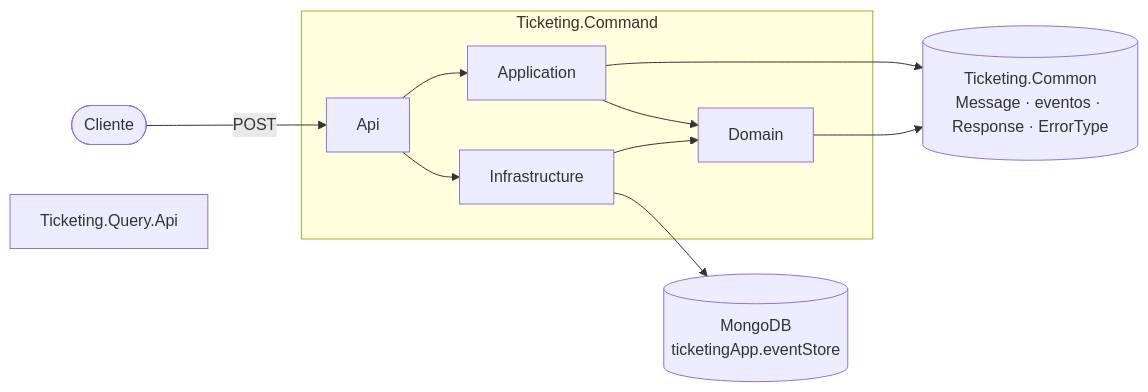
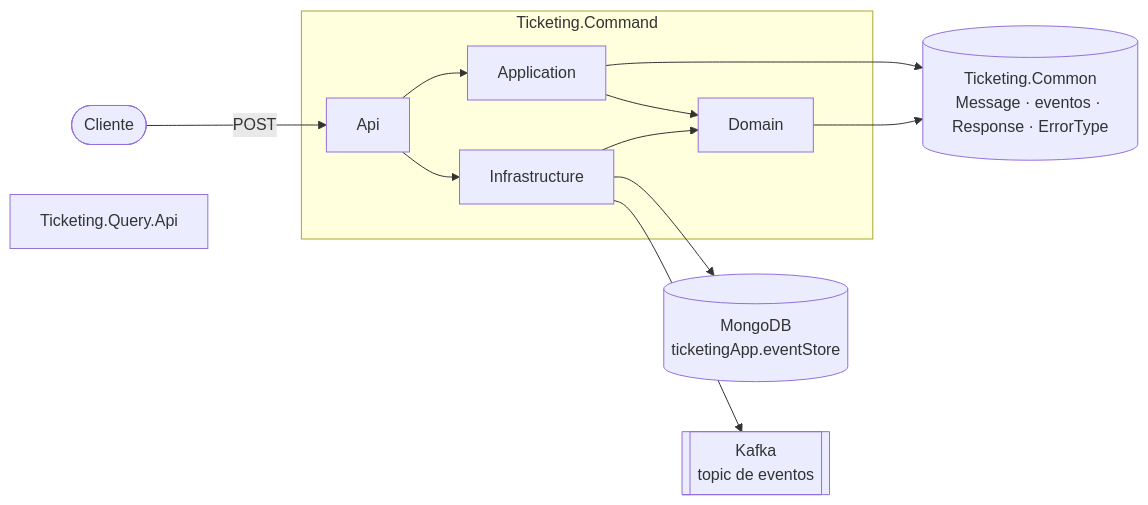
Before and after one commit to rubendevvalencia/BackendPortfolio: the first of 3 diagrams in Microservices-Events/docs/arquitectura.md, drawn with Mermaid. The commit also changed other lines of this file and 8 other files, not shown here.

````diff
--- a/Microservices-Events/docs/arquitectura.md
+++ b/Microservices-Events/docs/arquitectura.md
@@ -11,18 +11,20 @@
 ```mermaid
 flowchart LR
     Client([Cliente])
     subgraph Command[Ticketing.Command]
         Api[Api] --> App[Application]
         App --> Dom[Domain]
         Infra[Infrastructure] --> Dom
         Api --> Infra
     end
     Query[Ticketing.Query.Api]
     Common[(Ticketing.Common<br/>Message · eventos · Response · ErrorType)]
     Mongo[(MongoDB<br/>ticketingApp.eventStore)]
+    Kafka[[Kafka<br/>topic de eventos]]
 
     Client -->|POST| Api
     Infra --> Mongo
+    Infra --> Kafka
     App --> Common
     Dom --> Common
 ```
````
